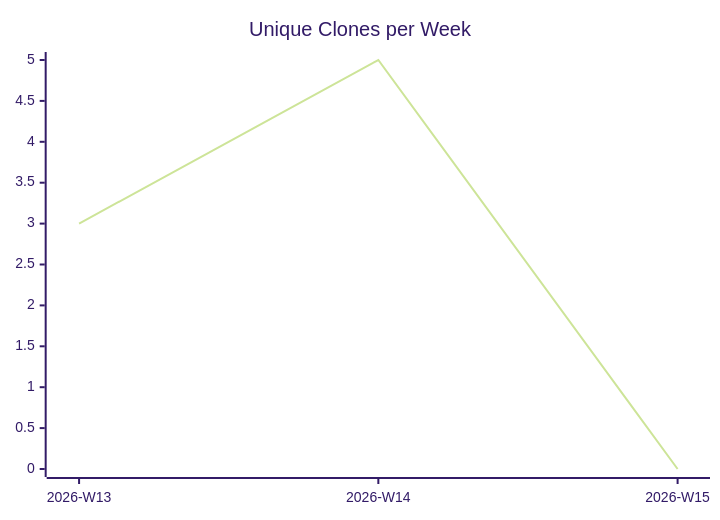
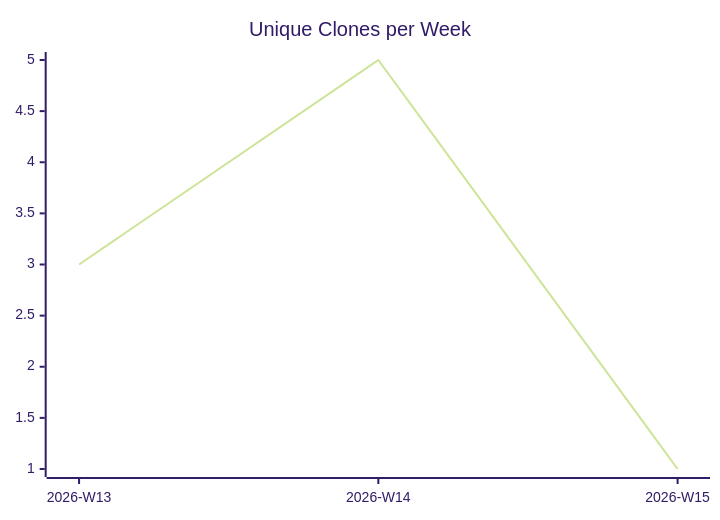
One commit to justdavis-family/github-analytics-data changed the third of 3 diagrams in karlmdavis/ansible-role-bind-dns/README.md. Above: the diagram before and after it, drawn with Mermaid (forest theme). The commit also changed other lines of this file and 174 other files, not shown here.

````diff
--- a/karlmdavis/ansible-role-bind-dns/README.md
+++ b/karlmdavis/ansible-role-bind-dns/README.md
@@ -19,6 +19,6 @@
 ```mermaid
 xychart-beta
   title "Unique Clones per Week"
   x-axis ["2026-W13", "2026-W14", "2026-W15"]
-  line [3, 5, 0]
+  line [3, 5, 1]
 ```
````
